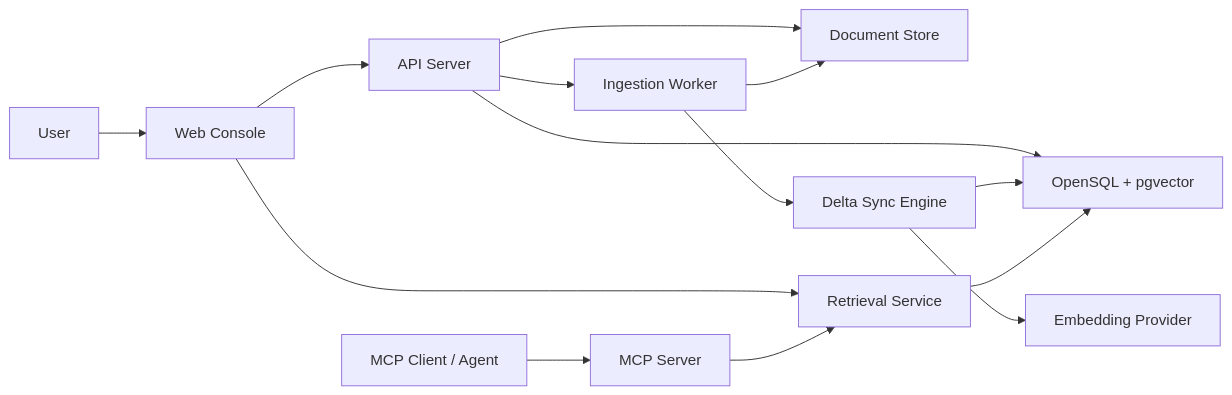
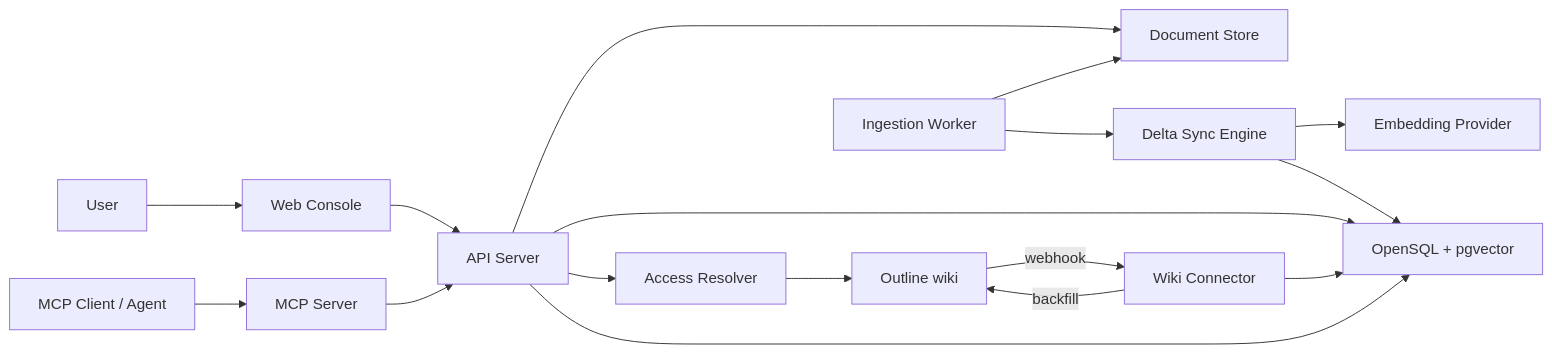
The first of 2 diagrams in docs/superpowers/specs/2026-07-04-opensql-autorag-sync-design.md (AngryCatKR96/opensql-autorag), drawn with Mermaid before and after one commit. The commit also changed other lines of this file and 1 other file, not shown here.

````diff
--- a/docs/superpowers/specs/2026-07-04-opensql-autorag-sync-design.md
+++ b/docs/superpowers/specs/2026-07-04-opensql-autorag-sync-design.md
@@ -35,28 +48,33 @@
 ```mermaid
 flowchart LR
     User["User"]
+    Outline["Outline wiki"]
     Web["Web Console"]
     API["API Server"]
+    Connector["Wiki Connector"]
     Store["Document Store"]
     Worker["Ingestion Worker"]
     Delta["Delta Sync Engine"]
     Embed["Embedding Provider"]
     DB["OpenSQL + pgvector"]
-    Retrieval["Retrieval Service"]
+    Access["Access Resolver"]
     MCP["MCP Server"]
     Client["MCP Client / Agent"]
 
     User --> Web
     Web --> API
+    Outline -- "webhook" --> Connector
+    Connector -- "backfill" --> Outline
+    Connector --> DB
     API --> Store
     API --> DB
-    API --> Worker
     Worker --> Store
     Worker --> Delta
     Delta --> Embed
     Delta --> DB
-    Web --> Retrieval
-    MCP --> Retrieval
     Client --> MCP
-    Retrieval --> DB
+    MCP --> API
+    API --> Access
+    Access --> Outline
+    API --> DB
 ```
````
